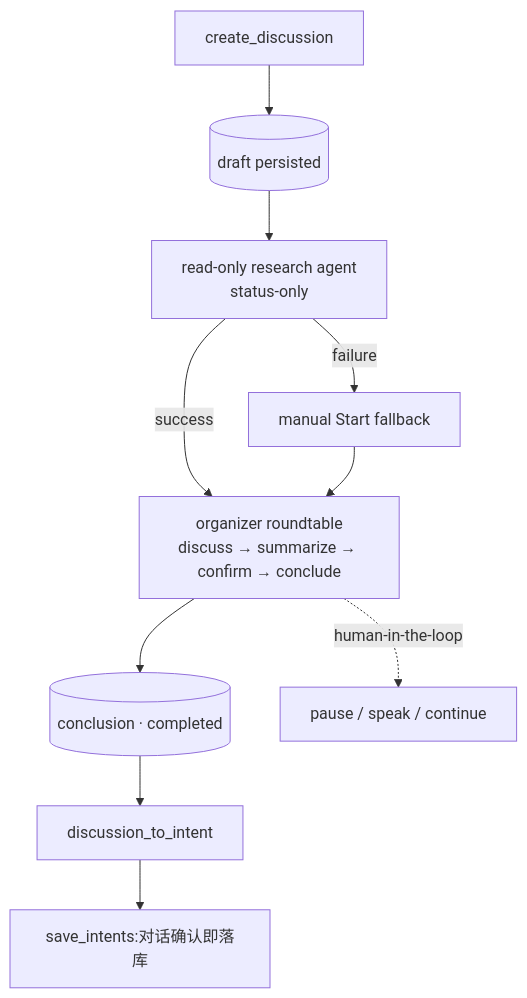
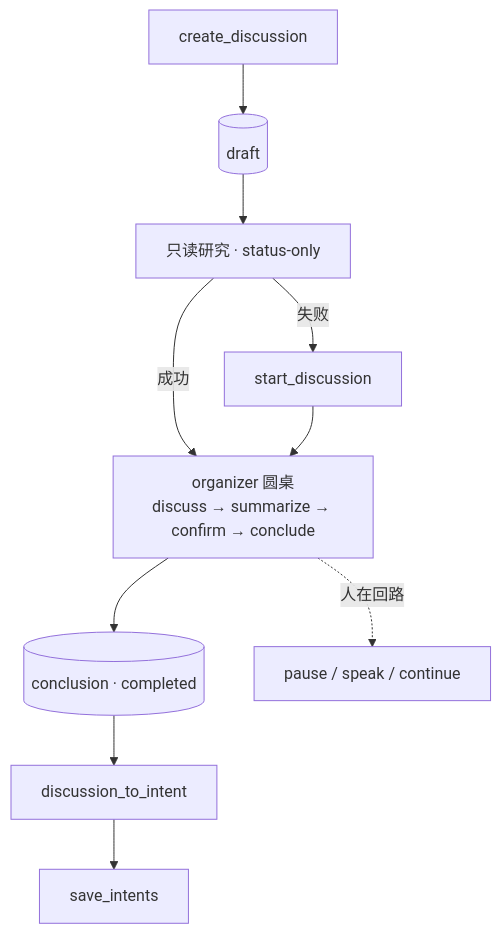
One commit to sequencestream/c3 changed the diagram in doc/flows/flow-discussion-to-intent.md. Above: the diagram before and after it, drawn with Mermaid. The commit also changed other lines of this file and 128 other files, not shown here.

````diff
--- a/doc/flows/flow-discussion-to-intent.md
+++ b/doc/flows/flow-discussion-to-intent.md
@@ -16,12 +11,12 @@
 ```mermaid
 flowchart TD
-    CD[create_discussion] --> DRAFT[(draft persisted)]
-    DRAFT --> RES[read-only research agent<br/>status-only]
-    RES -- success --> ORG[organizer roundtable<br/>discuss → summarize → confirm → conclude]
-    RES -- failure --> MAN[manual Start fallback]
+    CD[create_discussion] --> DRAFT[(draft)]
+    DRAFT --> RES[只读研究 · status-only]
+    RES -- 成功 --> ORG[organizer 圆桌<br/>discuss → summarize → confirm → conclude]
+    RES -- 失败 --> MAN[start_discussion]
     MAN --> ORG
     ORG --> CONC[(conclusion · completed)]
     CONC --> CONV[discussion_to_intent]
-    CONV --> SAVE[save_intents:对话确认即落库]
-    ORG -. human-in-the-loop .-> HIL[pause / speak / continue]
+    CONV --> SAVE[save_intents]
+    ORG -. 人在回路 .-> HIL[pause / speak / continue]
 ```
````
